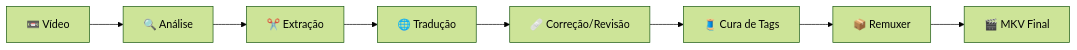
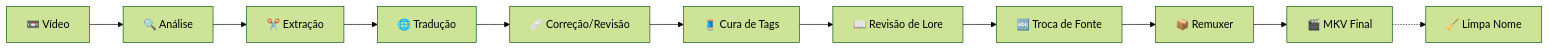
One commit to carmipa/traducao_animes_llm_local_quarkus changed the diagram in README.md. Above: the diagram before and after it, drawn with Mermaid (forest theme). The commit also changed other lines of this file and 6 other files, not shown here.

Commit message:
docs: add documentation for Troca Tipo Legenda and Limpa Nome modules and initialize static index.html structure.

````diff
--- a/README.md
+++ b/README.md
@@ -129,10 +135,13 @@
 ```mermaid
 graph LR
     A["📼 Vídeo"] --> B["🔍 Análise"]
     B --> C["✂️ Extração"]
     C --> D["🌐 Tradução"]
     D --> E["🩹 Correção/Revisão"]
     E --> F["🧵 Cura de Tags"]
-    F --> G["📦 Remuxer"]
+    F --> F2["📖 Revisão de Lore"]
+    F2 --> F3["🔤 Troca de Fonte"]
+    F3 --> G["📦 Remuxer"]
     G --> H["🎬 MKV Final"]
+    H -.-> I["🧹 Limpa Nome"]
 ```
````
